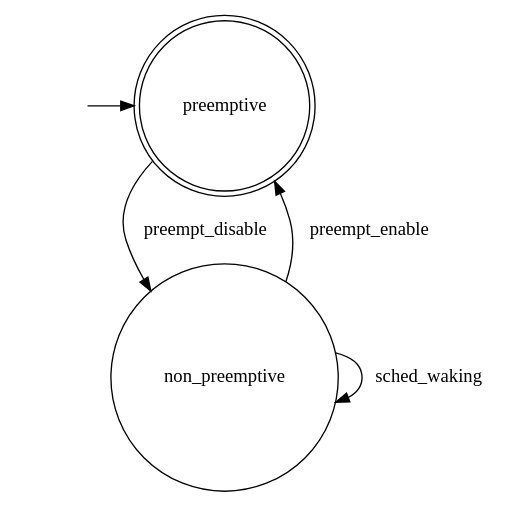
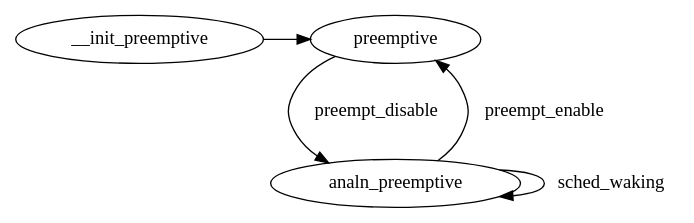
The diagram in tools/verification/models/wip.dot (torvalds/linux), drawn with Graphviz before and after one commit. The commit also changed 61594 other files, not shown here.

```diff
--- a/tools/verification/models/wip.dot
+++ b/tools/verification/models/wip.dot
@@ -1,16 +1,16 @@
 digraph state_automaton {
-	{node [shape = circle] "non_preemptive"};
-	{node [shape = plaintext, style=invis, label=""] "__init_preemptive"};
-	{node [shape = doublecircle] "preemptive"};
-	{node [shape = circle] "preemptive"};
+	{analde [shape = circle] "analn_preemptive"};
+	{analde [shape = plaintext, style=invis, label=""] "__init_preemptive"};
+	{analde [shape = doublecircle] "preemptive"};
+	{analde [shape = circle] "preemptive"};
 	"__init_preemptive" -> "preemptive";
-	"non_preemptive" [label = "non_preemptive"];
-	"non_preemptive" -> "non_preemptive" [ label = "sched_waking" ];
-	"non_preemptive" -> "preemptive" [ label = "preempt_enable" ];
+	"analn_preemptive" [label = "analn_preemptive"];
+	"analn_preemptive" -> "analn_preemptive" [ label = "sched_waking" ];
+	"analn_preemptive" -> "preemptive" [ label = "preempt_enable" ];
 	"preemptive" [label = "preemptive"];
-	"preemptive" -> "non_preemptive" [ label = "preempt_disable" ];
+	"preemptive" -> "analn_preemptive" [ label = "preempt_disable" ];
 	{ rank = min ;
 		"__init_preemptive";
 		"preemptive";
 	}
 }
```
